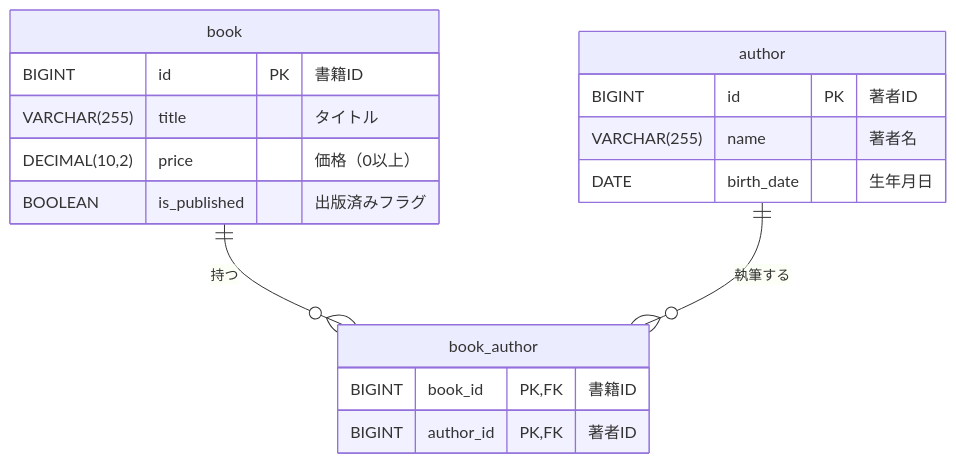
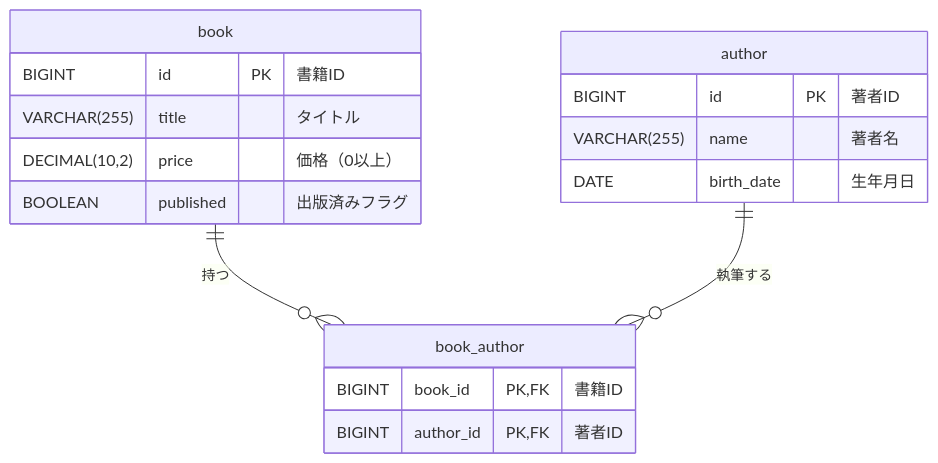
The diagram in docs/spec/db_structure.md (nagaoka-aya/library_management), drawn with Mermaid before and after one commit. The commit also changed other lines of this file and 15 other files, not shown here.

````diff
--- a/docs/spec/db_structure.md
+++ b/docs/spec/db_structure.md
@@ -57,23 +57,23 @@
 ```mermaid
 erDiagram
     author {
         BIGINT id PK "著者ID"
         VARCHAR(255) name "著者名"
         DATE birth_date "生年月日"
     }
 
     book {
         BIGINT id PK "書籍ID"
         VARCHAR(255) title "タイトル"
         DECIMAL(10,2) price "価格（0以上）"
-        BOOLEAN is_published "出版済みフラグ"
+        BOOLEAN published "出版済みフラグ"
     }
 
     book_author {
         BIGINT book_id PK,FK "書籍ID"
         BIGINT author_id PK,FK "著者ID"
     }
 
     book ||--o{ book_author : "持つ"
     author ||--o{ book_author : "執筆する"
 ```
````
